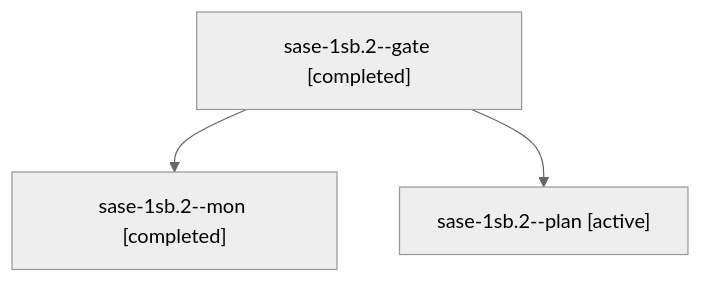
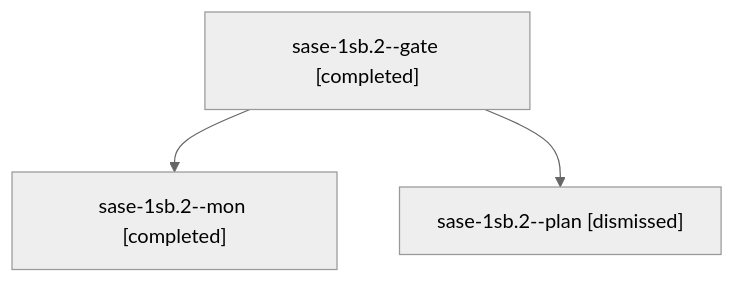
One commit to sase-org/sase--agents changed the diagram in sessions/bbugyi200.athena.sase-1sb.2.md. Above: the diagram before and after it, drawn with Mermaid (neutral theme). The commit also changed other lines of this file and 104 other files, not shown here.

````diff
--- a/sessions/bbugyi200.athena.sase-1sb.2.md
+++ b/sessions/bbugyi200.athena.sase-1sb.2.md
@@ -9,8 +9,8 @@
 ```mermaid
 flowchart TD
   n0["sase-1sb.2--gate [completed]"]
   n1["sase-1sb.2--mon [completed]"]
   n0 --> n1
-  n2["sase-1sb.2--plan [active]"]
+  n2["sase-1sb.2--plan [dismissed]"]
   n0 --> n2
 ```
````
